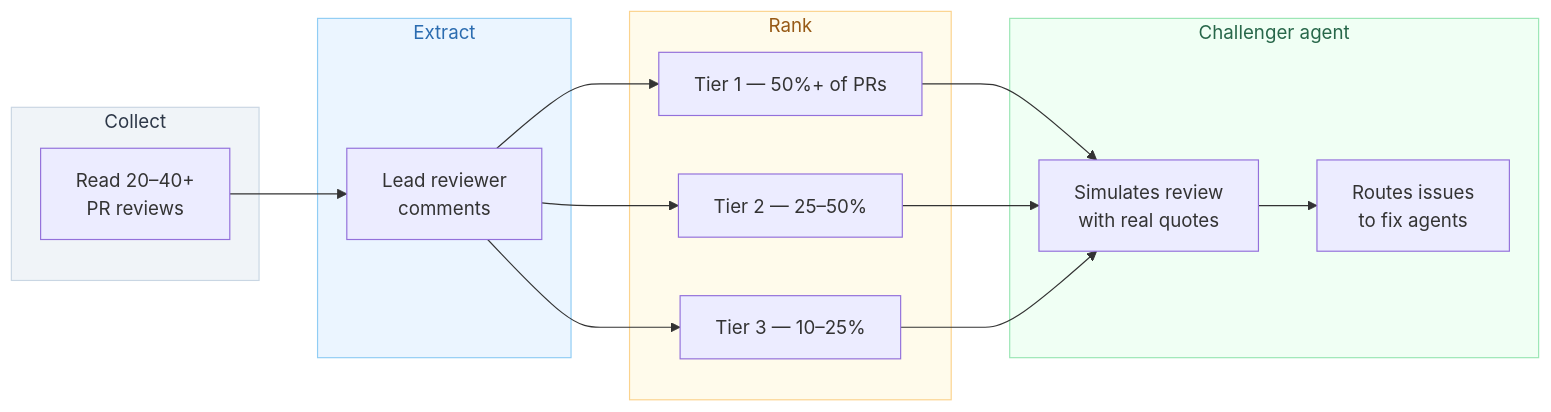
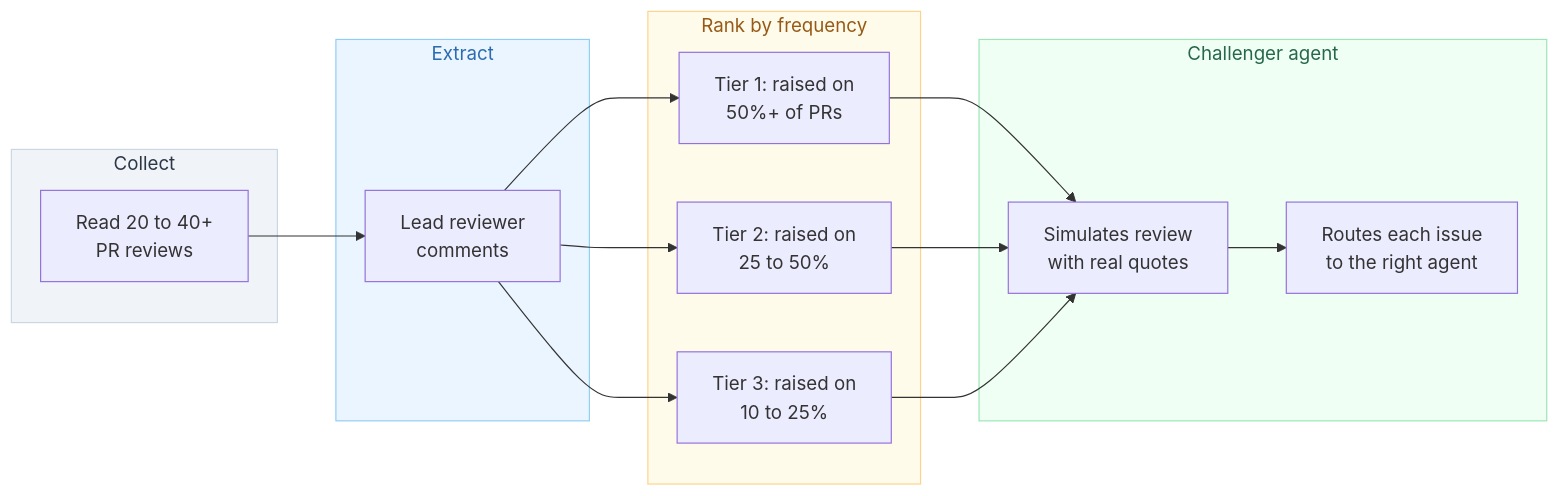
One commit to pablocaeg/claude-forge changed the second of 3 diagrams in README.md. Above: the diagram before and after it, drawn with Mermaid. The commit also changed other lines of this file, not shown here.

````diff
--- a/README.md
+++ b/README.md
@@ -132,28 +132,28 @@
 ```mermaid
 graph LR
     subgraph collect [" Collect "]
-        A["Read 20–40+\nPR reviews"]
+        A["Read 20 to 40+\nPR reviews"]
     end
 
     subgraph extract [" Extract "]
         B["Lead reviewer\ncomments"]
     end
 
-    subgraph rank [" Rank "]
-        C["Tier 1 — 50%+ of PRs"]
-        D["Tier 2 — 25–50%"]
-        E["Tier 3 — 10–25%"]
+    subgraph rank [" Rank by frequency "]
+        C["Tier 1: raised on\n50%+ of PRs"]
+        D["Tier 2: raised on\n25 to 50%"]
+        E["Tier 3: raised on\n10 to 25%"]
     end
 
     subgraph result [" Challenger agent "]
         F["Simulates review\nwith real quotes"]
-        G["Routes issues\nto fix agents"]
+        G["Routes each issue\nto the right agent"]
     end
 
     A --> B --> C & D & E --> F --> G
 
     style collect fill:#f0f4f8,stroke:#c9d6e3,color:#2d3748
     style extract fill:#ebf5ff,stroke:#90cdf4,color:#2b6cb0
     style rank fill:#fffbeb,stroke:#fbd38d,color:#975a16
     style result fill:#f0fff4,stroke:#9ae6b4,color:#276749
 ```
````
